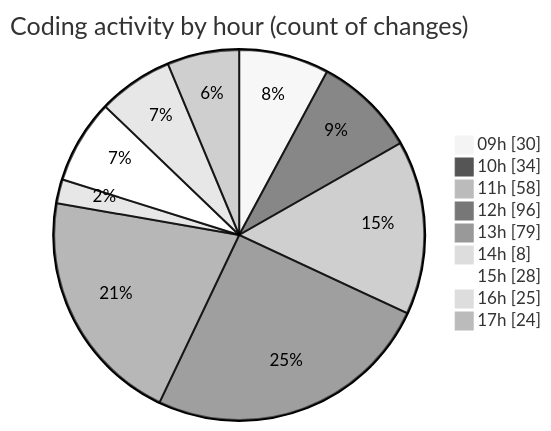
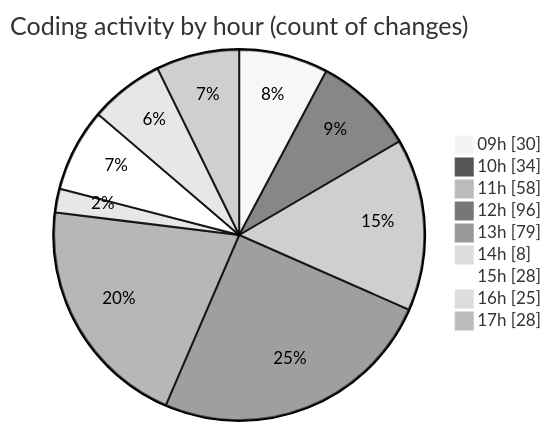
Before and after one commit to momahboobian/code-tracking: the second of 2 diagrams in 2025-04-02/cda/README.md, drawn with Mermaid (neutral theme). The commit also changed other lines of this file and 1 other file, not shown here.

````diff
--- a/2025-04-02/cda/README.md
+++ b/2025-04-02/cda/README.md
@@ -40,13 +40,13 @@
 ```mermaid
 pie showData
 title Coding activity by hour (count of changes)
 "09h" : 30
 "10h" : 34
 "11h" : 58
 "12h" : 96
 "13h" : 79
 "14h" : 8
 "15h" : 28
 "16h" : 25
-"17h" : 24
+"17h" : 28
 ```
````
